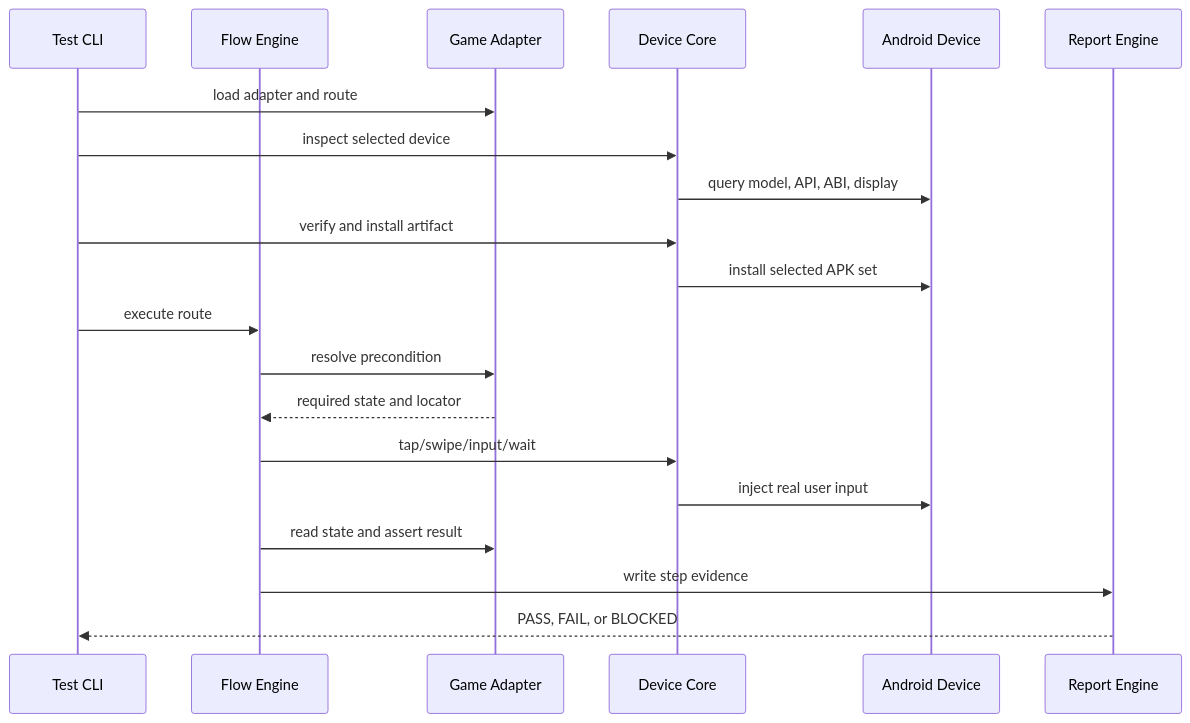
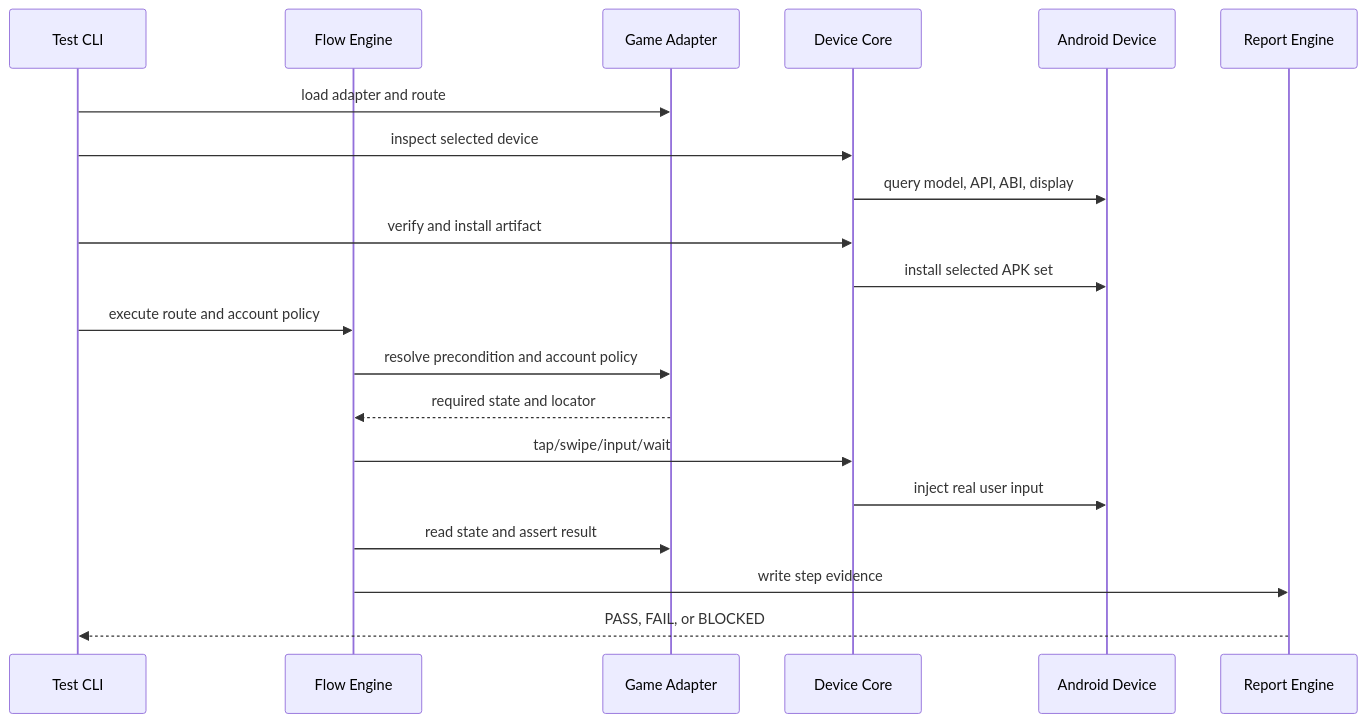
The second of 3 diagrams in docs/design/architecture.md (caiyipeng2/Game-Auto-TestFramework), drawn with Mermaid before and after one commit. The commit also changed other lines of this file and 22 other files, not shown here.

````diff
--- a/docs/design/architecture.md
+++ b/docs/design/architecture.md
@@ -58,23 +63,23 @@
 ```mermaid
 sequenceDiagram
     participant T as Test CLI
     participant F as Flow Engine
     participant A as Game Adapter
     participant D as Device Core
     participant G as Android Device
     participant R as Report Engine
 
     T->>A: load adapter and route
     T->>D: inspect selected device
     D->>G: query model, API, ABI, display
     T->>D: verify and install artifact
     D->>G: install selected APK set
-    T->>F: execute route
-    F->>A: resolve precondition
+    T->>F: execute route and account policy
+    F->>A: resolve precondition and account policy
     A-->>F: required state and locator
     F->>D: tap/swipe/input/wait
     D->>G: inject real user input
     F->>A: read state and assert result
     F->>R: write step evidence
     R-->>T: PASS, FAIL, or BLOCKED
 ```
````
